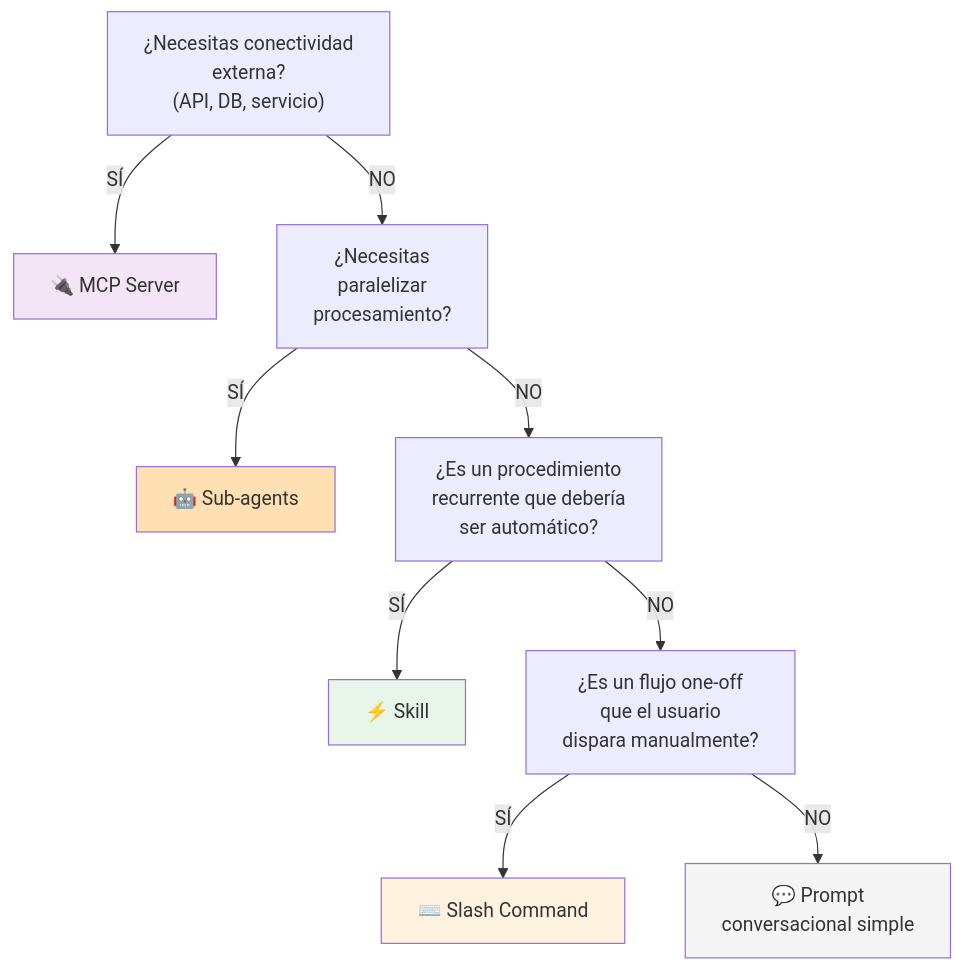
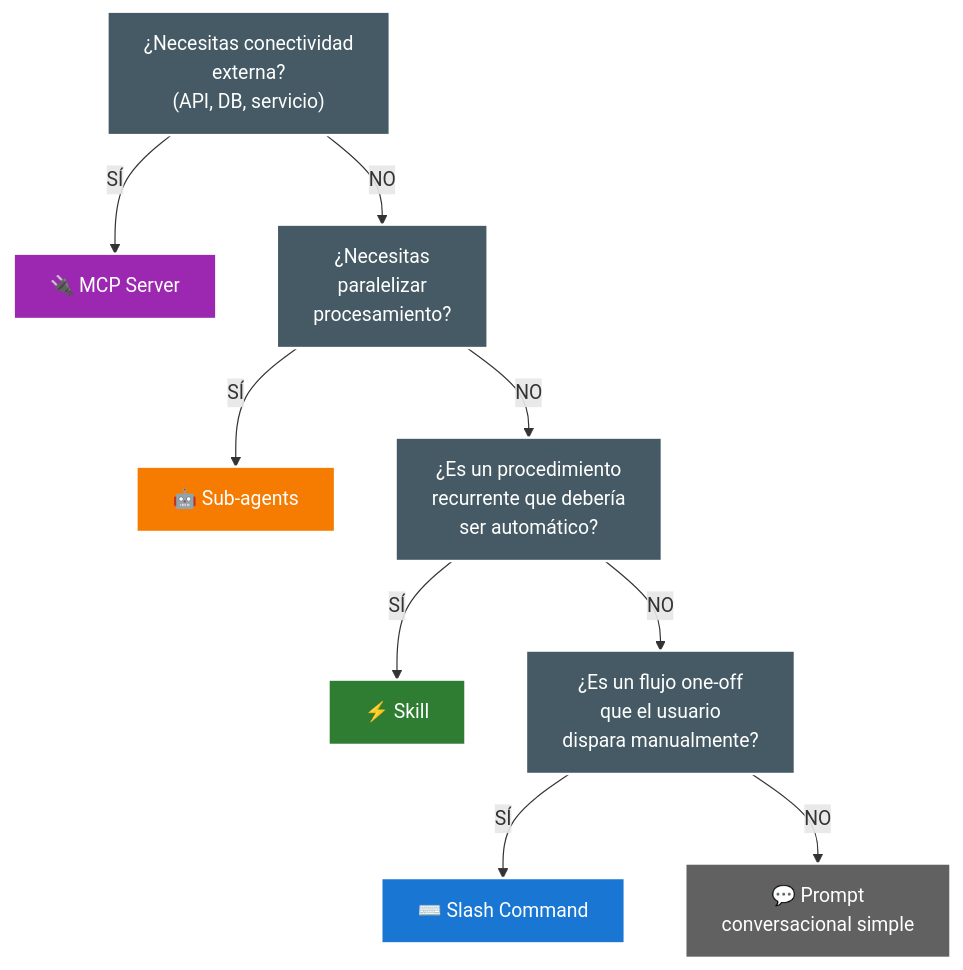
Before and after one commit to CodigoSinSiesta/codigosinsiesta.github.io: the third of 8 diagrams in docs/herramientas/claude-code-skills-mcp.md, drawn with Mermaid. The commit also changed other lines of this file, not shown here.

First line of the commit message:
docs: Mejorar contraste de colores en diagramas Mermaid

````diff
--- a/docs/herramientas/claude-code-skills-mcp.md
+++ b/docs/herramientas/claude-code-skills-mcp.md
@@ -278,21 +278,25 @@
 ```mermaid
-flowchart TD
+graph TD
     A["¿Necesitas conectividad<br/>externa?<br/>(API, DB, servicio)"]
     A -->|SÍ| MCP["🔌 MCP Server"]
     A -->|NO| B["¿Necesitas<br/>paralelizar<br/>procesamiento?"]
 
     B -->|SÍ| SUBAGENT["🤖 Sub-agents"]
     B -->|NO| C["¿Es un procedimiento<br/>recurrente que debería<br/>ser automático?"]
 
     C -->|SÍ| SKILL["⚡ Skill"]
     C -->|NO| D["¿Es un flujo one-off<br/>que el usuario<br/>dispara manualmente?"]
 
     D -->|SÍ| SLASH["⌨️ Slash Command"]
     D -->|NO| PROMPT["💬 Prompt<br/>conversacional simple"]
 
-    style MCP fill:#f3e5f5
-    style SUBAGENT fill:#ffe0b2
-    style SKILL fill:#e8f5e9
-    style SLASH fill:#fff3e0
-    style PROMPT fill:#f5f5f5
+    style MCP fill:#9c27b0,stroke:#fff,stroke-width:2px,color:#fff
+    style SUBAGENT fill:#f57c00,stroke:#fff,stroke-width:2px,color:#fff
+    style SKILL fill:#2e7d32,stroke:#fff,stroke-width:2px,color:#fff
+    style SLASH fill:#1976d2,stroke:#fff,stroke-width:2px,color:#fff
+    style PROMPT fill:#616161,stroke:#fff,stroke-width:2px,color:#fff
+    style A fill:#455a64,stroke:#fff,stroke-width:2px,color:#fff
+    style B fill:#455a64,stroke:#fff,stroke-width:2px,color:#fff
+    style C fill:#455a64,stroke:#fff,stroke-width:2px,color:#fff
+    style D fill:#455a64,stroke:#fff,stroke-width:2px,color:#fff
 ```
````
